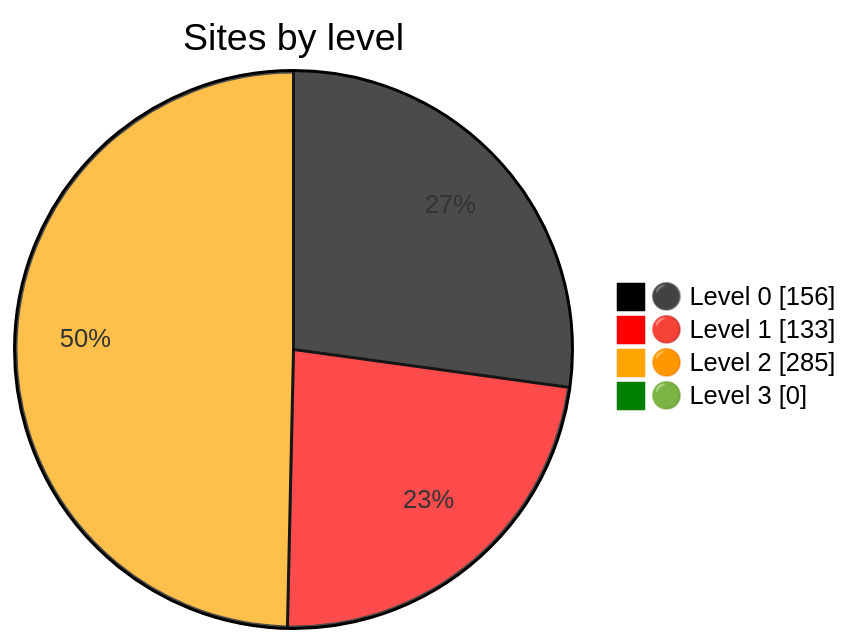
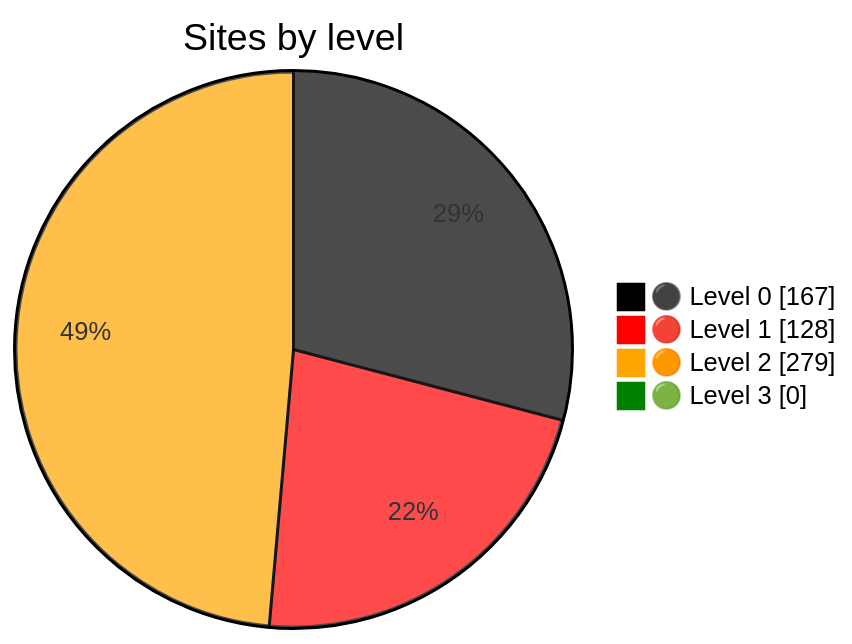
Before and after one commit to Dushmilan/gov_lk_web_auditor: the diagram in README.md, drawn with Mermaid. The commit also changed other lines of this file and 2573 other files, not shown here.

````diff
--- a/README.md
+++ b/README.md
@@ -24,9 +24,9 @@
 ```mermaid
 %%{init: {"themeVariables":{"pie1":"black","pie2":"red","pie3":"orange","pie4":"green"}}}%%
 pie showData
     title Sites by level
-    "⚫ Level 0" : 156
-    "🔴 Level 1" : 133
-    "🟠 Level 2" : 285
+    "⚫ Level 0" : 167
+    "🔴 Level 1" : 128
+    "🟠 Level 2" : 279
     "🟢 Level 3" : 0
 ```
````
